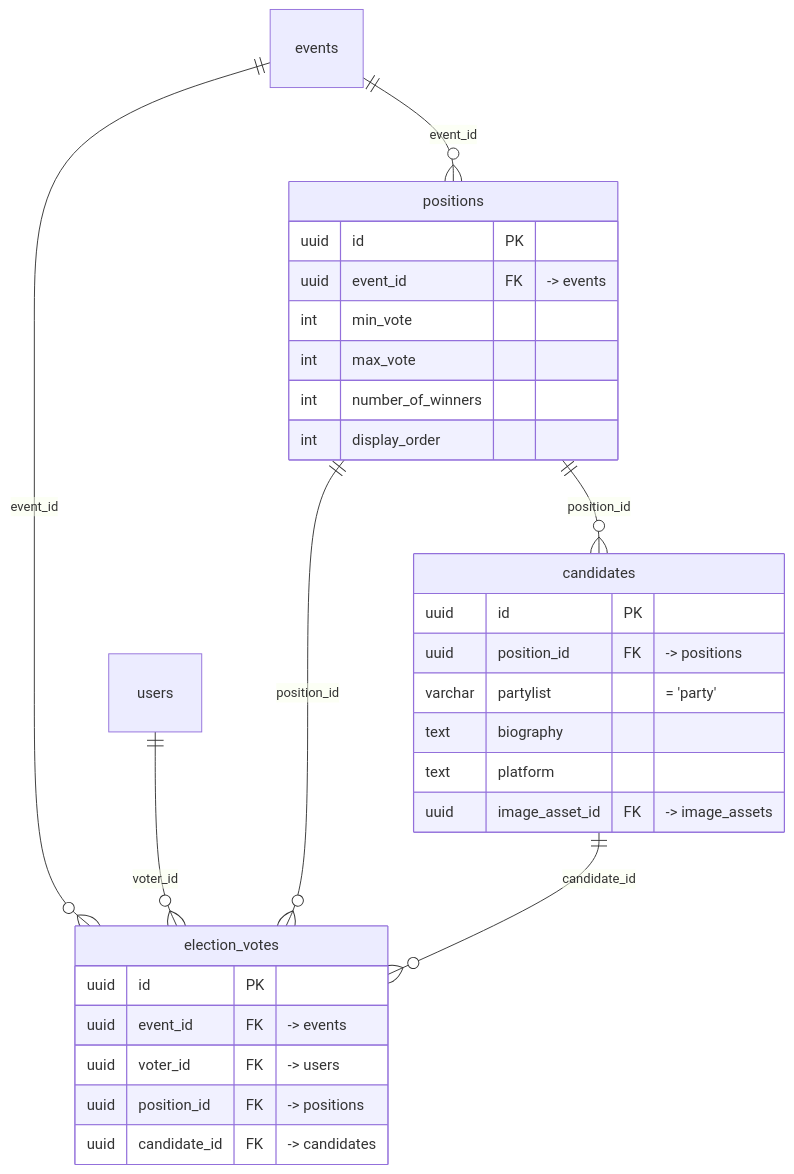
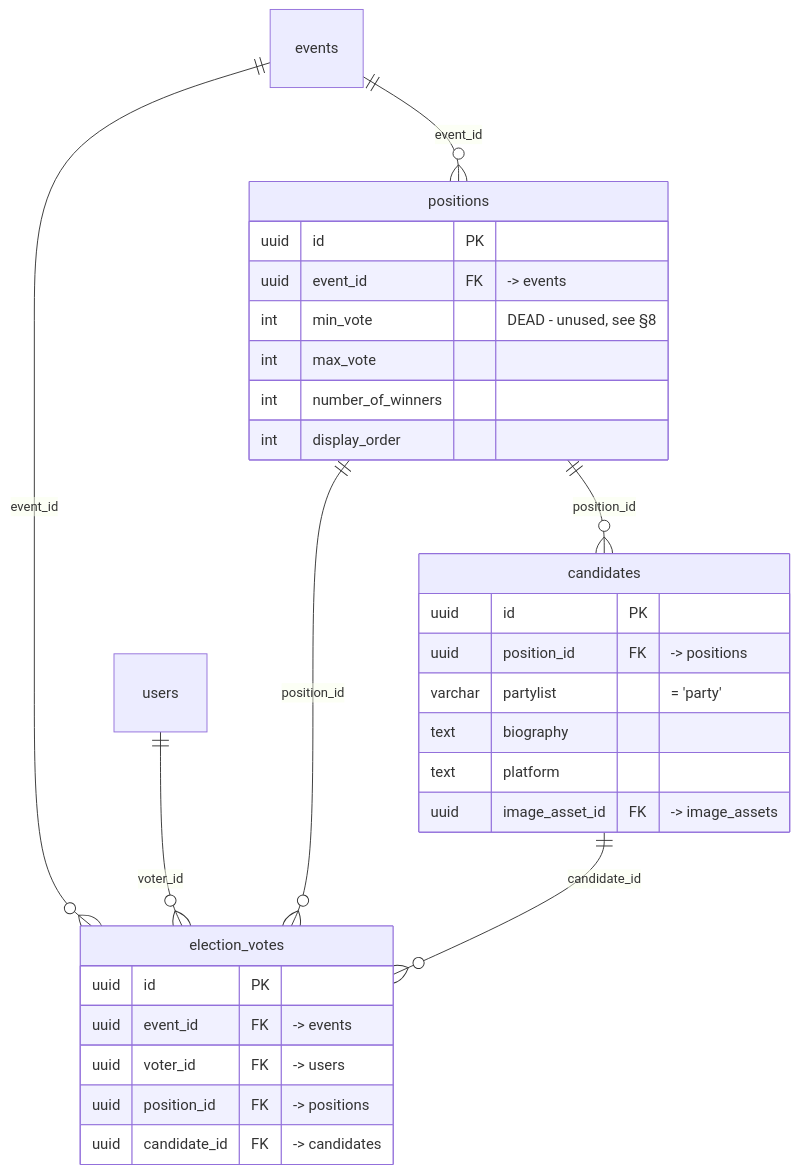
Before and after one commit to zkcs1234/Votrix: the third of 5 diagrams in DATABASE_SCHEMA_CURRENT.md, drawn with Mermaid. The commit also changed other lines of this file and 29 other files, not shown here.

````diff
--- a/DATABASE_SCHEMA_CURRENT.md
+++ b/DATABASE_SCHEMA_CURRENT.md
@@ -143,33 +145,33 @@
 ```mermaid
 erDiagram
     events ||--o{ positions : "event_id"
     positions ||--o{ candidates : "position_id"
     events ||--o{ election_votes : "event_id"
     users ||--o{ election_votes : "voter_id"
     positions ||--o{ election_votes : "position_id"
     candidates ||--o{ election_votes : "candidate_id"
 
     positions {
         uuid id PK
         uuid event_id FK "-> events"
-        int min_vote
+        int min_vote "DEAD - unused, see §8"
         int max_vote
         int number_of_winners
         int display_order
     }
     candidates {
         uuid id PK
         uuid position_id FK "-> positions"
         varchar partylist "= 'party'"
         text biography
         text platform
         uuid image_asset_id FK "-> image_assets"
     }
     election_votes {
         uuid id PK
         uuid event_id FK "-> events"
         uuid voter_id FK "-> users"
         uuid position_id FK "-> positions"
         uuid candidate_id FK "-> candidates"
     }
 ```
````
